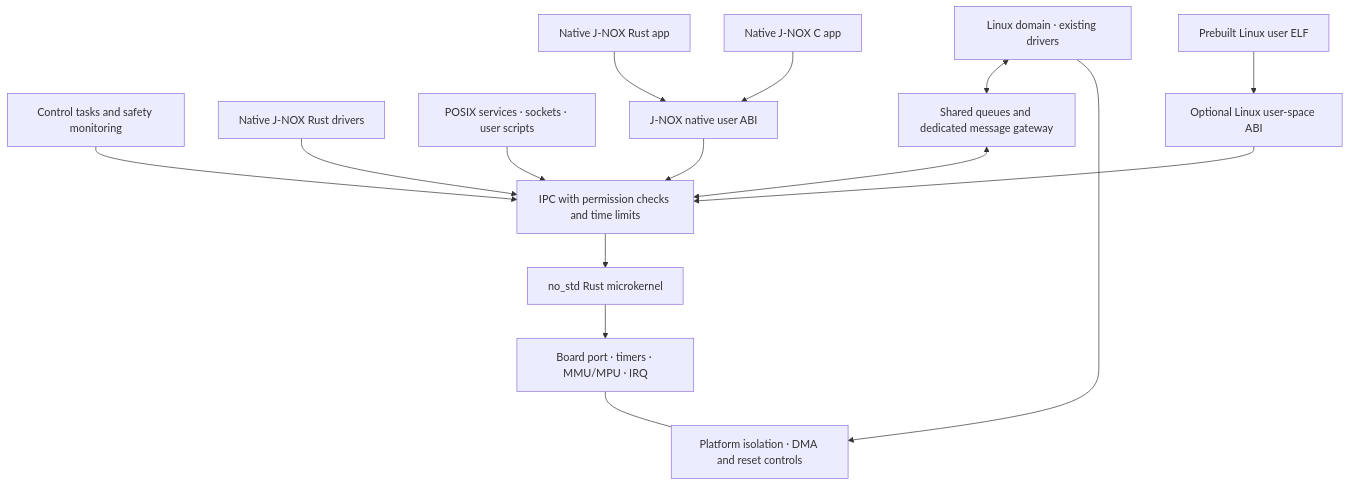
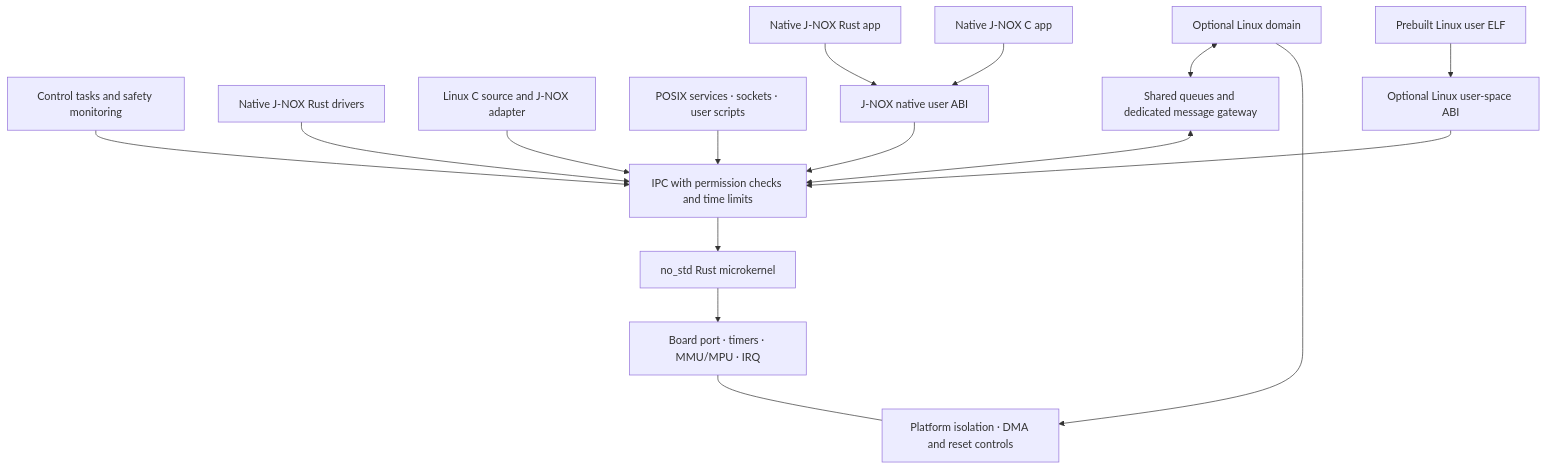
One commit to Romanof123/JNOX changed the diagram in docs/architecture.en.md. Above: the diagram before and after it, drawn with Mermaid. The commit also changed other lines of this file and 9 other files, not shown here.

````diff
--- a/docs/architecture.en.md
+++ b/docs/architecture.en.md
@@ -5,17 +5,18 @@
 ```mermaid
 flowchart TB
   CONTROL[Control tasks and safety monitoring] --> IPC[IPC with permission checks and time limits]
   NATIVE[Native J-NOX Rust drivers] --> IPC
+  REUSE[Linux C source and J-NOX adapter] --> IPC
   APPS[POSIX services · sockets · user scripts] --> IPC
   RUST[Native J-NOX Rust app] --> SDK[J-NOX native user ABI]
   CAPP[Native J-NOX C app] --> SDK
   SDK --> IPC
   ELF[Prebuilt Linux user ELF] --> COMPAT[Optional Linux user-space ABI]
   COMPAT --> IPC
   IPC --> KERNEL[no_std Rust microkernel]
-  LINUX[Linux domain · existing drivers] <--> GATE[Shared queues and dedicated message gateway]
+  LINUX[Optional Linux domain] <--> GATE[Shared queues and dedicated message gateway]
   GATE <--> IPC
   KERNEL --> BSP[Board port · timers · MMU/MPU · IRQ]
   LINUX --> PART[Platform isolation · DMA and reset controls]
   BSP --- PART
 ```
````
